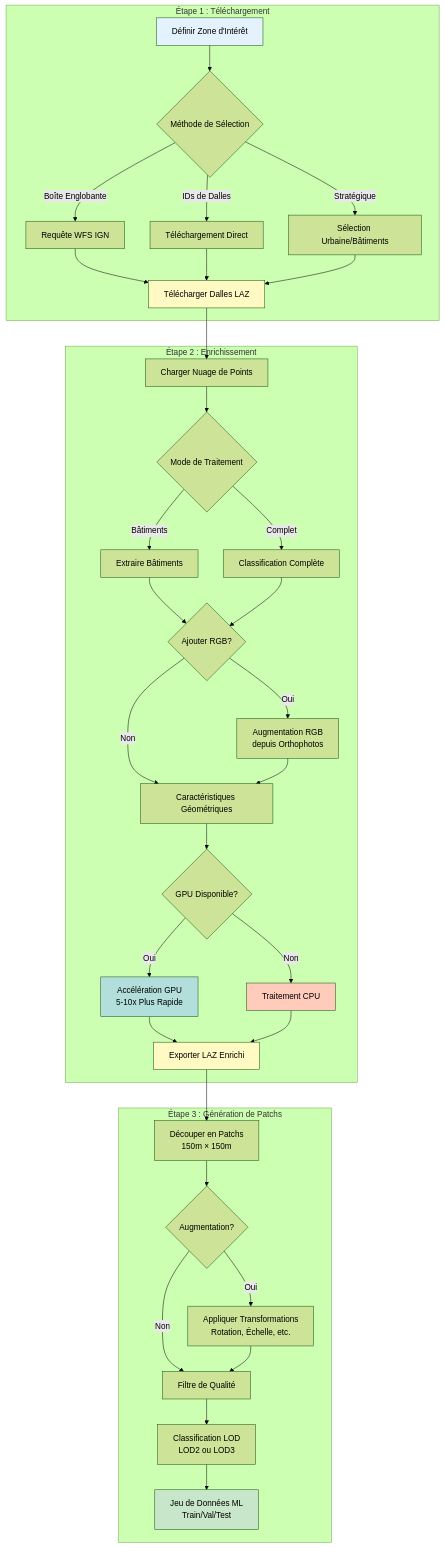
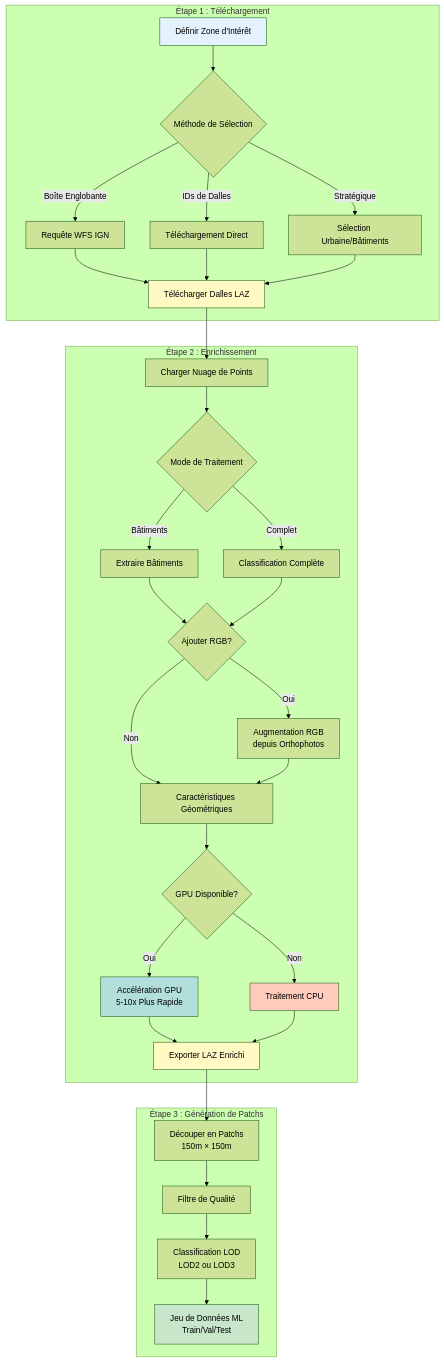
The diagram in website/i18n/fr/docusaurus-plugin-content-docs/current/guides/complete-workflow.md (sducournau/IGN_LIDAR_HD_DATASET), drawn with Mermaid (forest theme) before and after one commit. The commit also changed other lines of this file and 32 other files, not shown here.

````diff
--- a/website/i18n/fr/docusaurus-plugin-content-docs/current/guides/complete-workflow.md
+++ b/website/i18n/fr/docusaurus-plugin-content-docs/current/guides/complete-workflow.md
@@ -19,46 +19,43 @@
 ```mermaid
 flowchart TD
     subgraph "Étape 1 : Téléchargement"
         A[Définir Zone d'Intérêt] --> B{Méthode de Sélection}
         B -->|Boîte Englobante| C[Requête WFS IGN]
         B -->|IDs de Dalles| D[Téléchargement Direct]
         B -->|Stratégique| E[Sélection Urbaine/Bâtiments]
         C --> F[Télécharger Dalles LAZ]
         D --> F
         E --> F
     end
 
     subgraph "Étape 2 : Enrichissement"
         F --> G[Charger Nuage de Points]
         G --> H{Mode de Traitement}
         H -->|Bâtiments| I[Extraire Bâtiments]
         H -->|Complet| J[Classification Complète]
         I --> K{Ajouter RGB?}
         J --> K
         K -->|Oui| L[Augmentation RGB<br/>depuis Orthophotos]
         K -->|Non| M[Caractéristiques Géométriques]
         L --> M
         M --> N{GPU Disponible?}
         N -->|Oui| O[Accélération GPU<br/>5-10x Plus Rapide]
         N -->|Non| P[Traitement CPU]
         O --> Q[Exporter LAZ Enrichi]
         P --> Q
     end
 
     subgraph "Étape 3 : Génération de Patchs"
         Q --> R[Découper en Patchs<br/>150m × 150m]
-        R --> S{Augmentation?}
-        S -->|Oui| T[Appliquer Transformations<br/>Rotation, Échelle, etc.]
-        S -->|Non| U[Filtre de Qualité]
-        T --> U
+        R --> U[Filtre de Qualité]
         U --> V[Classification LOD<br/>LOD2 ou LOD3]
         V --> W[Jeu de Données ML<br/>Train/Val/Test]
     end
 
     style A fill:#e3f2fd
     style F fill:#fff9c4
     style Q fill:#fff9c4
     style W fill:#c8e6c9
     style O fill:#b2dfdb
     style P fill:#ffccbc
 ```
````
